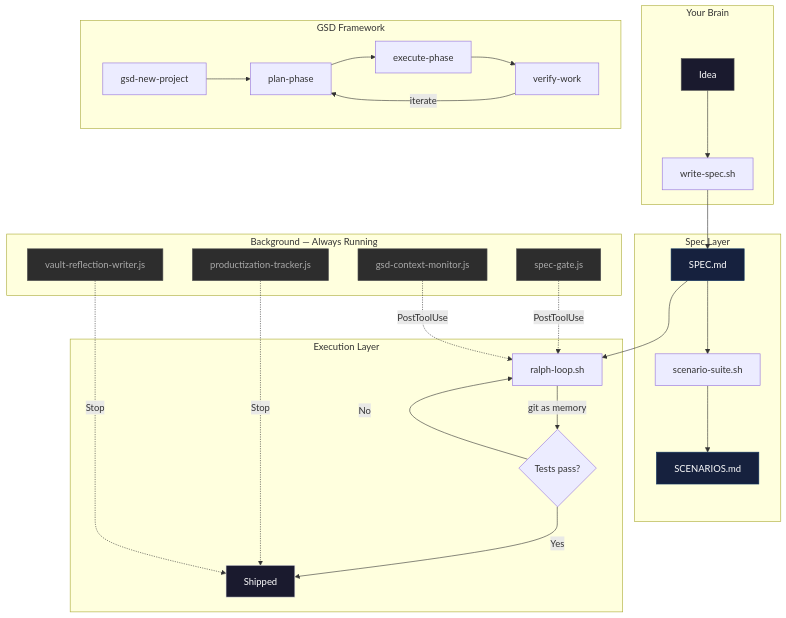
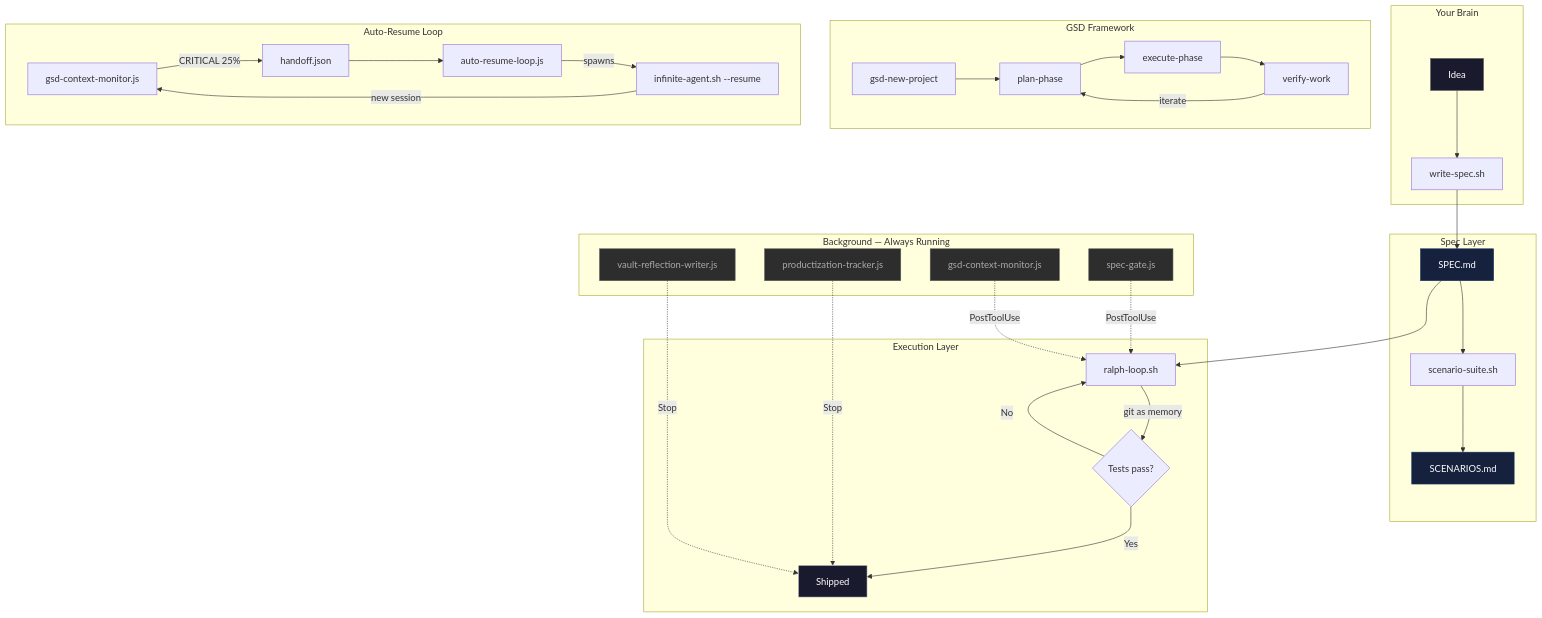
One commit to Elit3-X/elitex-skill-library changed the first of 3 diagrams in README.md. Above: the diagram before and after it, drawn with Mermaid. The commit also changed other lines of this file and 243 other files, not shown here.

First line of the commit message:
sync: 170 agents, 22 skills, 24 commands, 2 hooks, auto-resume system

````diff
--- a/README.md
+++ b/README.md
@@ -35,42 +36,49 @@
 ```mermaid
 graph TB
     subgraph "Your Brain"
         A[Idea] --> B["write-spec.sh"]
     end
 
     subgraph "Spec Layer"
         B --> C[SPEC.md]
         C --> D["scenario-suite.sh"]
         D --> E[SCENARIOS.md]
     end
 
     subgraph "Execution Layer"
         C --> F["ralph-loop.sh"]
         F -->|"git as memory"| G{Tests pass?}
         G -->|No| F
         G -->|Yes| H[Shipped]
     end
 
     subgraph "GSD Framework"
         I2["gsd-new-project"] --> I3["plan-phase"]
         I3 --> I4["execute-phase"]
         I4 --> I5["verify-work"]
         I5 -->|"iterate"| I3
     end
 
+    subgraph "Auto-Resume Loop"
+        M["gsd-context-monitor.js"] -->|"CRITICAL 25%"| N["handoff.json"]
+        N --> O["auto-resume-loop.js"]
+        O -->|"spawns"| P["infinite-agent.sh --resume"]
+        P -->|"new session"| M
+    end
+
     subgraph "Background — Always Running"
         I["spec-gate.js"] -.->|"PostToolUse"| F
         J["productization-tracker.js"] -.->|"Stop"| H
         K["vault-reflection-writer.js"] -.->|"Stop"| H
         L["gsd-context-monitor.js"] -.->|"PostToolUse"| F
     end
 
     style A fill:#1a1a2e,stroke:#555,color:#fff
     style C fill:#16213e,stroke:#0f3460,color:#fff
     style E fill:#16213e,stroke:#0f3460,color:#fff
     style H fill:#1a1a2e,stroke:#e0e0e0,color:#fff
     style I fill:#2d2d2d,stroke:#555,color:#aaa
     style J fill:#2d2d2d,stroke:#555,color:#aaa
     style K fill:#2d2d2d,stroke:#555,color:#aaa
     style L fill:#2d2d2d,stroke:#555,color:#aaa
 ```
````
